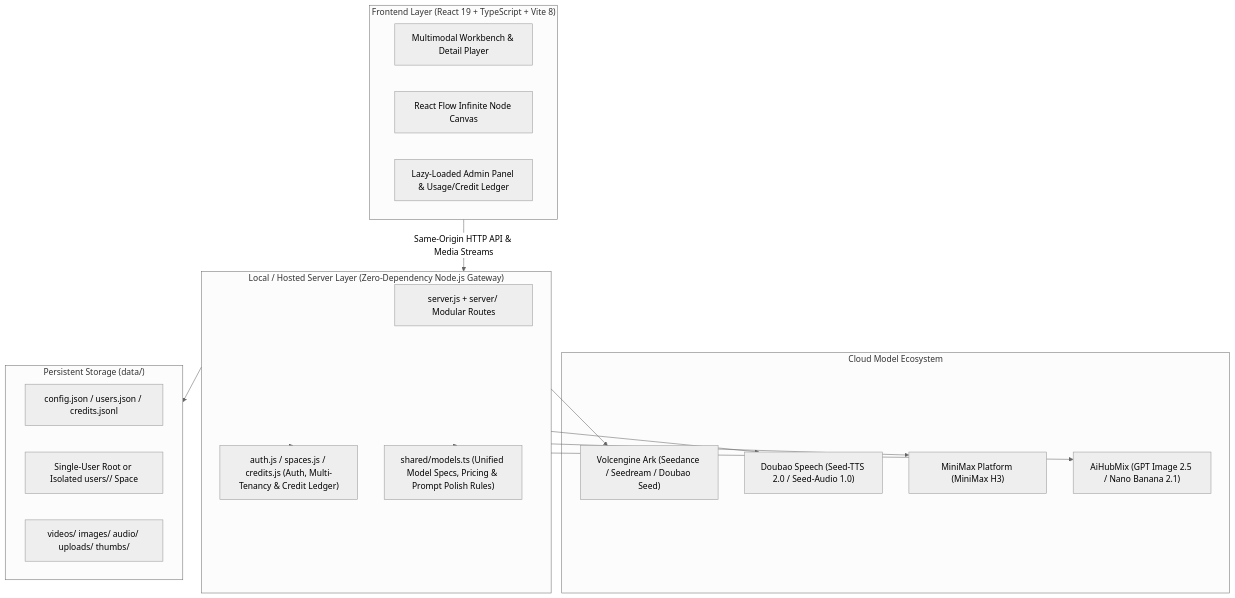
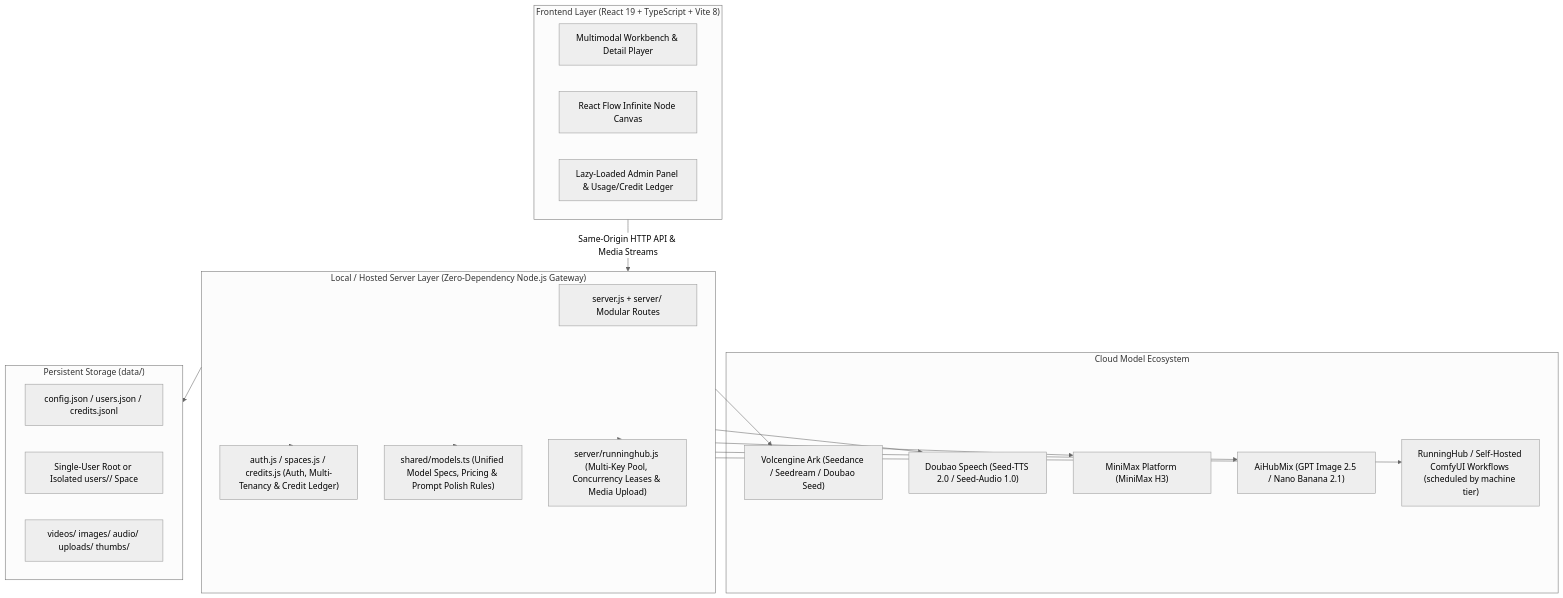
Before and after one commit to introspectDaily/innate-studio: the diagram in README.md, drawn with Mermaid (neutral theme). The commit also changed other lines of this file and 37 other files, not shown here.

````diff
--- a/README.md
+++ b/README.md
@@ -199,33 +212,36 @@
 ```mermaid
 flowchart TD
     subgraph Client["Frontend Layer (React 19 + TypeScript + Vite 8)"]
         UI["Multimodal Workbench & Detail Player"]
         Canvas["React Flow Infinite Node Canvas"]
         AdminUI["Lazy-Loaded Admin Panel & Usage/Credit Ledger"]
     end
 
     subgraph Core["Local / Hosted Server Layer (Zero-Dependency Node.js Gateway)"]
         Server["server.js + server/ Modular Routes"]
         Auth["auth.js / spaces.js / credits.js (Auth, Multi-Tenancy & Credit Ledger)"]
         Registry["shared/models.ts (Unified Model Specs, Pricing & Prompt Polish Rules)"]
+        Pool["server/runninghub.js (Multi-Key Pool, Concurrency Leases & Media Upload)"]
     end
 
     subgraph Cloud["Cloud Model Ecosystem"]
         Ark["Volcengine Ark (Seedance / Seedream / Doubao Seed)"]
         Speech["Doubao Speech (Seed-TTS 2.0 / Seed-Audio 1.0)"]
         MM["MiniMax Platform (MiniMax H3)"]
         AHM["AiHubMix (GPT Image 2.5 / Nano Banana 2.1)"]
+        RH["RunningHub / Self-Hosted ComfyUI Workflows (scheduled by machine tier)"]
     end
 
     subgraph Storage["Persistent Storage (data/)"]
         Global["config.json / users.json / credits.jsonl"]
         Space["Single-User Root or Isolated users/<id>/ Space"]
         Media["videos/ images/ audio/ uploads/ thumbs/"]
     end
 
     Client -->|Same-Origin HTTP API & Media Streams| Core
     Core --> Auth
     Core --> Registry
-    Core --> Ark & Speech & MM & AHM
+    Core --> Pool
+    Core --> Ark & Speech & MM & AHM & RH
     Core --> Storage
 ```
````
